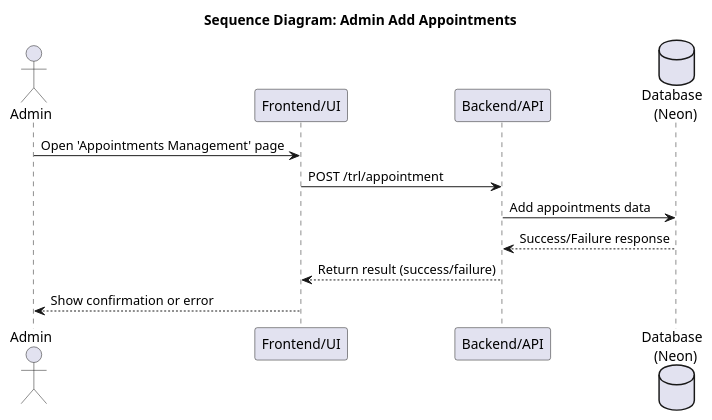
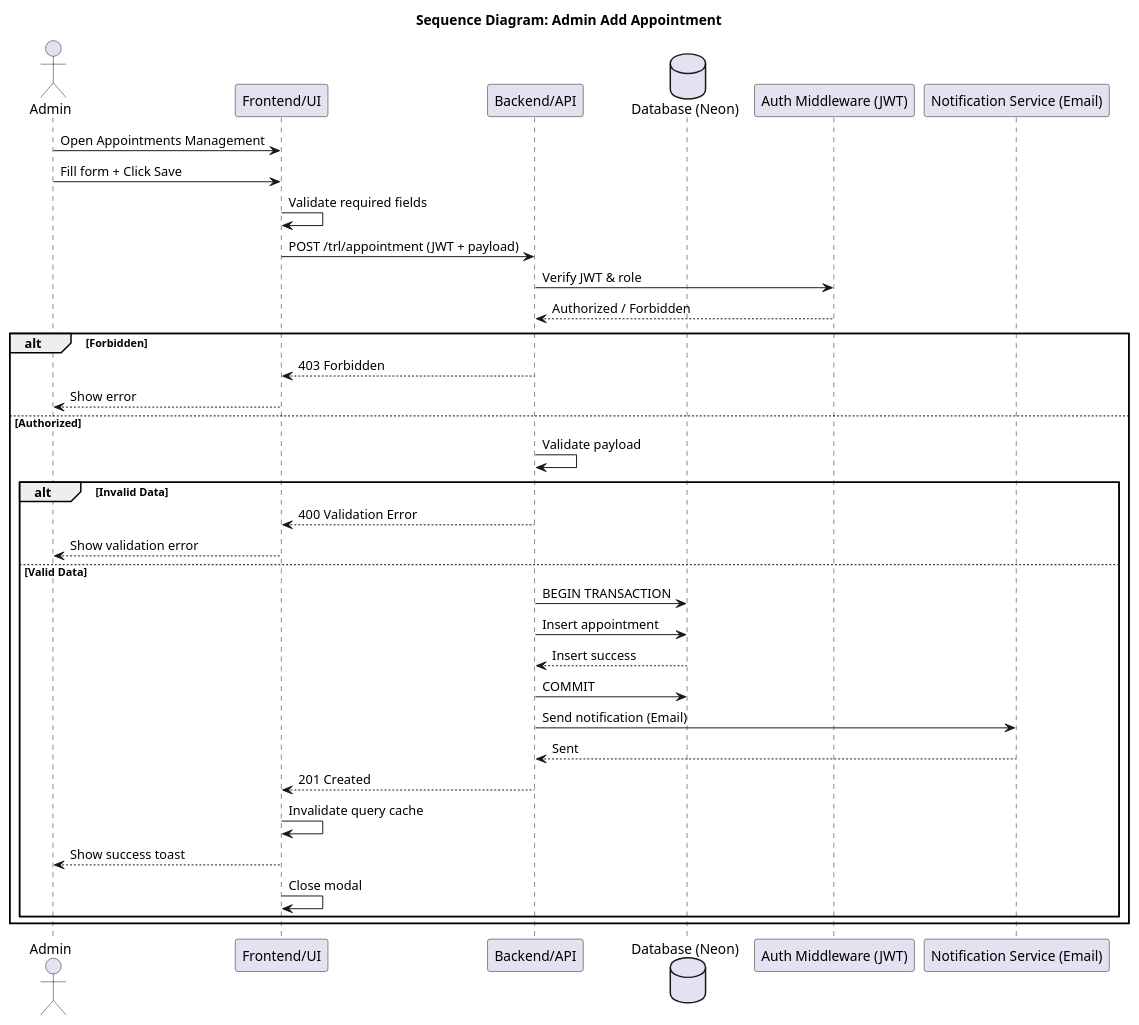
One commit to punyanuch-h/trl-research-frontend changed the diagram in sequence diagram/admin/admin_add_appointments.puml. Above: the diagram before and after it, drawn with PlantUML. The commit also changed 30 other files, not shown here.

First line of the commit message:
Fix/sq diagram (#95)

```diff
--- a/sequence diagram/admin/admin_add_appointments.puml
+++ b/sequence diagram/admin/admin_add_appointments.puml
@@ -1,16 +1,42 @@
 @startuml
-title Sequence Diagram: Admin Add Appointments
+title Sequence Diagram: Admin Add Appointment
 
 actor Admin
 participant "Frontend/UI" as UI
 participant "Backend/API" as API
-database "Database \n (Neon)" as DB
+database "Database (Neon)" as DB
+participant "Auth Middleware (JWT)" as AUTH
+participant "Notification Service (Email)" as NOTI
 
-Admin -> UI: Open 'Appointments Management' page
-UI -> API: POST /trl/appointment
-API -> DB: Add appointments data
-DB --> API: Success/Failure response
-API --> UI: Return result (success/failure)
-UI --> Admin: Show confirmation or error
+Admin -> UI: Open Appointments Management
+
+Admin -> UI: Fill form + Click Save
+UI -> UI: Validate required fields
+UI -> API: POST /trl/appointment (JWT + payload)
+
+API -> AUTH: Verify JWT & role
+AUTH --> API: Authorized / Forbidden
+
+alt Forbidden
+    API --> UI: 403 Forbidden
+    UI --> Admin: Show error
+else Authorized
+    API -> API: Validate payload
+    alt Invalid Data
+        API --> UI: 400 Validation Error
+        UI --> Admin: Show validation error
+    else Valid Data
+        API -> DB: BEGIN TRANSACTION
+        API -> DB: Insert appointment
+        DB --> API: Insert success
+        API -> DB: COMMIT
+        API -> NOTI: Send notification (Email)
+        NOTI --> API: Sent
+        API --> UI: 201 Created
+        UI -> UI: Invalidate query cache
+        UI --> Admin: Show success toast
+        UI -> UI: Close modal
+    end
+end
 
 @enduml
```
